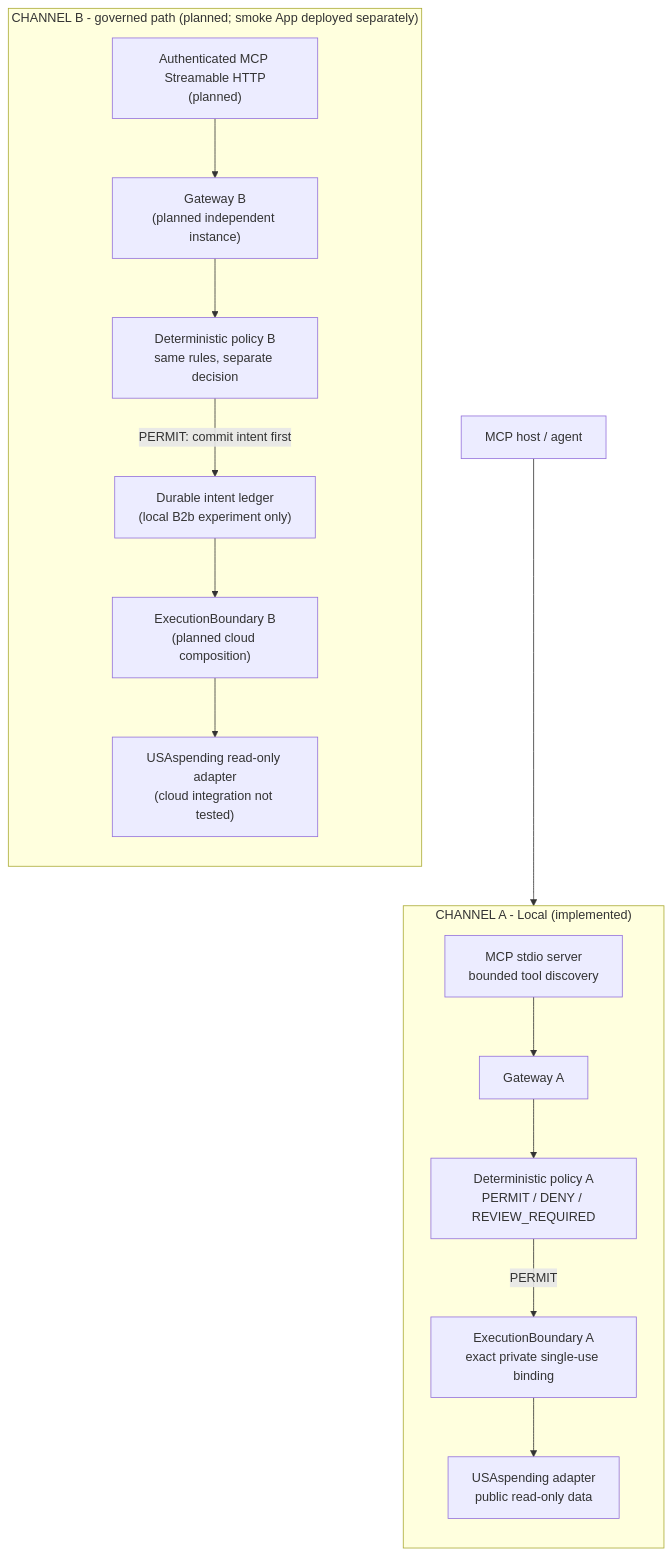
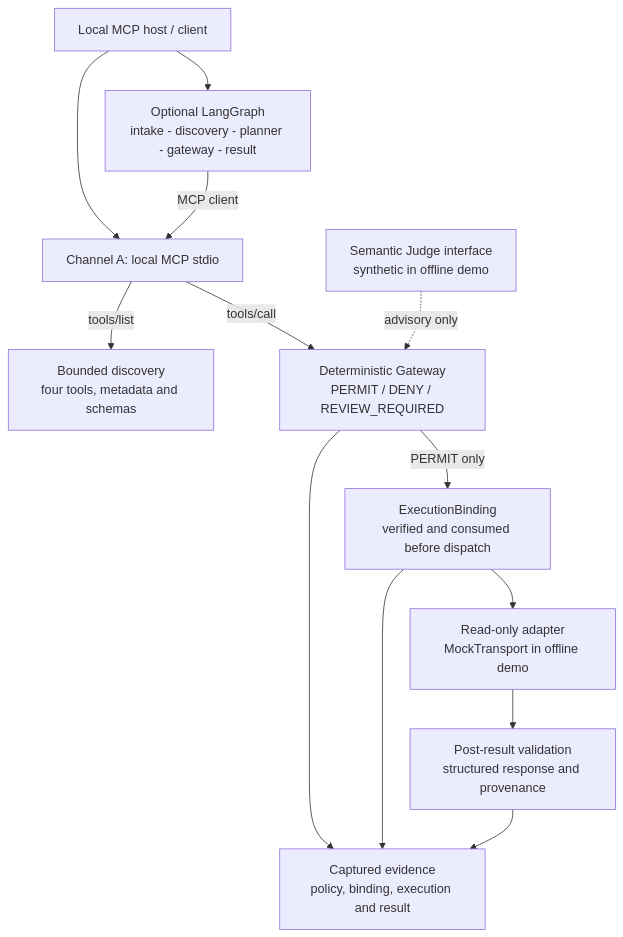
The first of 2 diagrams in README.md (drosadocastro-bit/CIVICGATE), drawn with Mermaid before and after one commit. The commit also changed other lines of this file and 53 other files, not shown here.

Commit message:
feat(gsa): checkpoint local governance and integrated A2 demo

````diff
--- a/README.md
+++ b/README.md
@@ -11,34 +15,26 @@
 ```mermaid
 flowchart TB
-    HOST["MCP host / agent"]
+    HOST["Local MCP host / client"]
+    GRAPH["Optional LangGraph<br/>intake - discovery - planner - gateway - result"]
+    MCP["Channel A: local MCP stdio"]
+    DISC["Bounded discovery<br/>four tools, metadata and schemas"]
+    GW["Deterministic Gateway<br/>PERMIT / DENY / REVIEW_REQUIRED"]
+    JUDGE["Semantic Judge interface<br/>synthetic in offline demo"]
+    BIND["ExecutionBinding<br/>verified and consumed before dispatch"]
+    READ["Read-only adapter<br/>MockTransport in offline demo"]
+    CHECK["Post-result validation<br/>structured response and provenance"]
+    EVIDENCE["Captured evidence<br/>policy, binding, execution and result"]
 
-    subgraph A["CHANNEL A - Local (implemented)"]
-        direction TB
-        A_MCP["MCP stdio server<br/>bounded tool discovery"]
-        A_GW["Gateway A"]
-        A_POLICY["Deterministic policy A<br/>PERMIT / DENY / REVIEW_REQUIRED"]
-        A_BOUND["ExecutionBoundary A<br/>exact private single-use binding"]
-        A_API["USAspending adapter<br/>public read-only data"]
-        A_MCP --> A_GW
-        A_GW --> A_POLICY
-        A_POLICY -->|"PERMIT"| A_BOUND
-        A_BOUND --> A_API
-    end
-
-    subgraph B["CHANNEL B - governed path (planned; smoke App deployed separately)"]
-        direction TB
-        B_MCP["Authenticated MCP Streamable HTTP<br/>(planned)"]
-        B_GW["Gateway B<br/>(planned independent instance)"]
-        B_POLICY["Deterministic policy B<br/>same rules, separate decision"]
-        B_LEDGER["Durable intent ledger<br/>(local B2b experiment only)"]
-        B_BOUND["ExecutionBoundary B<br/>(planned cloud composition)"]
-        B_API["USAspending read-only adapter<br/>(cloud integration not tested)"]
-        B_MCP --> B_GW
-        B_GW --> B_POLICY
-        B_POLICY -->|"PERMIT: commit intent first"| B_LEDGER
-        B_LEDGER --> B_BOUND
-        B_BOUND --> B_API
-    end
-
-    HOST --> A_MCP
+    HOST --> MCP
+    HOST --> GRAPH
+    GRAPH -->|"MCP client"| MCP
+    MCP -->|"tools/list"| DISC
+    MCP -->|"tools/call"| GW
+    JUDGE -.->|"advisory only"| GW
+    GW -->|"PERMIT only"| BIND
+    BIND --> READ
+    READ --> CHECK
+    GW --> EVIDENCE
+    BIND --> EVIDENCE
+    CHECK --> EVIDENCE
 ```
````
